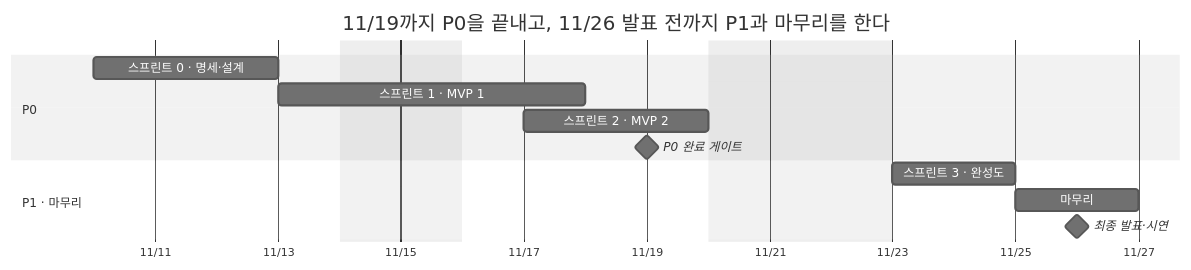
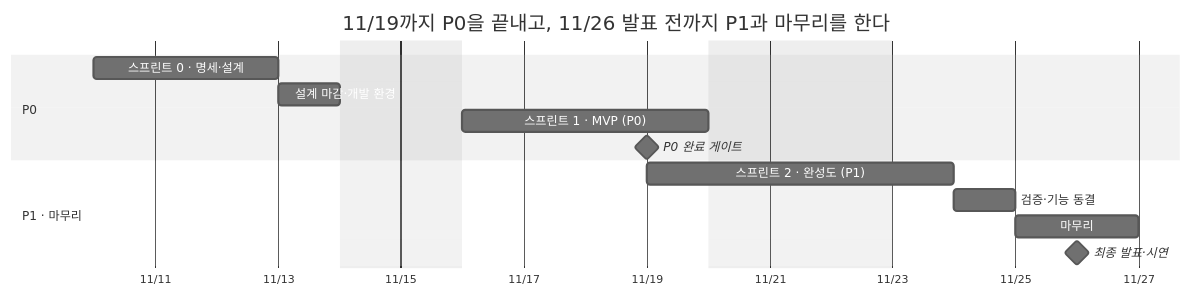
One commit to azaz1238-tech/-Doing_It- changed the second of 2 diagrams in docs/PROPOSAL.md. Above: the diagram before and after it, drawn with Mermaid (neutral theme). The commit also changed other lines of this file and 15 other files, not shown here.

````diff
--- a/docs/PROPOSAL.md
+++ b/docs/PROPOSAL.md
@@ -167,16 +168,17 @@
 ```mermaid
 gantt
     title 11/19까지 P0을 끝내고, 11/26 발표 전까지 P1과 마무리를 한다
     dateFormat YYYY-MM-DD
     axisFormat %m/%d
     excludes weekends, 2026-11-20
     section P0
     스프린트 0 · 명세·설계      :s0, 2026-11-10, 3d
-    스프린트 1 · MVP 1          :s1, 2026-11-13, 2026-11-18
-    스프린트 2 · MVP 2          :s2, 2026-11-17, 2026-11-20
+    설계 마감·개발 환경         :env, 2026-11-13, 1d
+    스프린트 1 · MVP (P0)       :s1, 2026-11-16, 2026-11-20
     P0 완료 게이트              :milestone, gate, 2026-11-19, 0d
     section P1 · 마무리
-    스프린트 3 · 완성도         :s3, 2026-11-23, 2d
+    스프린트 2 · 완성도 (P1)    :s2, 2026-11-19, 2026-11-24
+    검증·기능 동결              :freeze, 2026-11-24, 1d
     마무리                      :wrap, 2026-11-25, 2d
     최종 발표·시연              :milestone, demo, 2026-11-26, 0d
 ```
````
